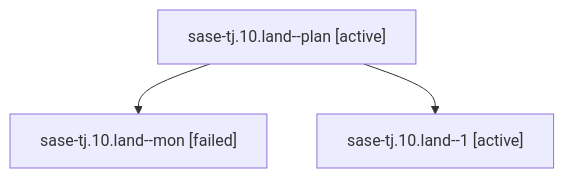
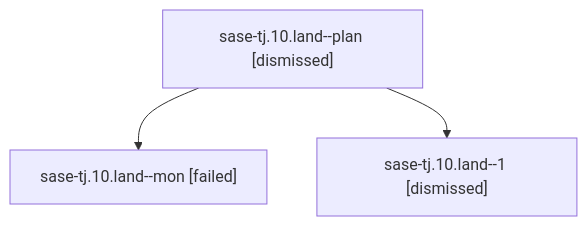
Before and after one commit to sase-org/sase--agents: the diagram in sessions/bbugyi200.athena.sase-tj.10.land.md, drawn with Mermaid. The commit also changed other lines of this file and 148 other files, not shown here.

````diff
--- a/sessions/bbugyi200.athena.sase-tj.10.land.md
+++ b/sessions/bbugyi200.athena.sase-tj.10.land.md
@@ -9,8 +9,8 @@
 ```mermaid
 flowchart TD
-  n0["sase-tj.10.land--plan [active]"]
+  n0["sase-tj.10.land--plan [dismissed]"]
   n1["sase-tj.10.land--mon [failed]"]
   n0 --> n1
-  n2["sase-tj.10.land--1 [active]"]
+  n2["sase-tj.10.land--1 [dismissed]"]
   n0 --> n2
 ```
````
